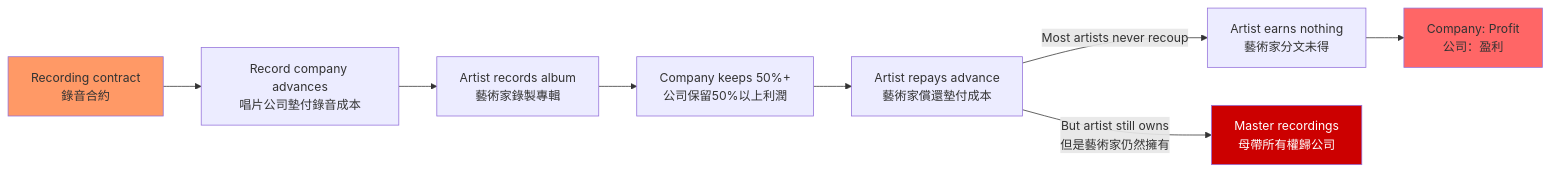
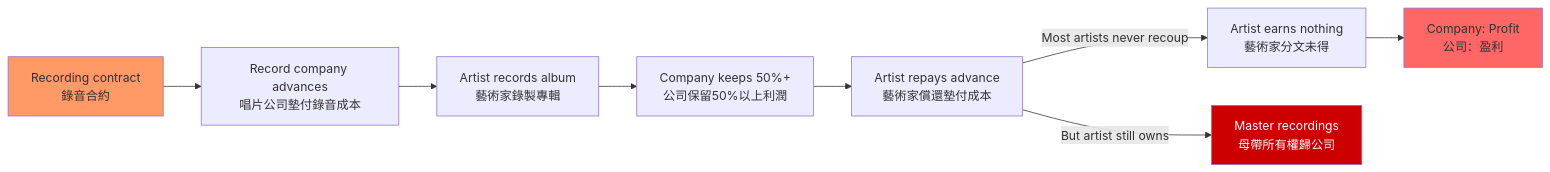
One commit to yip-lgtm/HKU-Harvard-History-Self-Study changed the third of 5 diagrams in 01_HKU_Courses/HIST4039_Technology_Creativity_Music.md. Above: the diagram before and after it, drawn with Mermaid. The commit also changed other lines of this file and 22 other files, not shown here.

````diff
--- a/01_HKU_Courses/HIST4039_Technology_Creativity_Music.md
+++ b/01_HKU_Courses/HIST4039_Technology_Creativity_Music.md
@@ -143,14 +213,14 @@
 ```mermaid
 flowchart LR
     A[Recording contract<br/>錄音合約] --> B[Record company advances<br/>唱片公司墊付錄音成本]
     B --> C[Artist records album<br/>藝術家錄製專輯]
     C --> D[Company keeps 50%+<br/>公司保留50%以上利潤]
     D --> E[Artist repays advance<br/>藝術家償還墊付成本]
     E -->|Most artists never recoup| F[Artist earns nothing<br/>藝術家分文未得]
-    E -->|But artist still owns<br/>但是藝術家仍然擁有| G[Master recordings<br/>母帶所有權歸公司]
+    E -->|But artist still owns| G[Master recordings<br/>母帶所有權歸公司]
     F --> H[Company: Profit<br/>公司：盈利]
     
     style A fill:#f96
     style G fill:#c00,color:#fff
     style H fill:#f66
 ```
````
